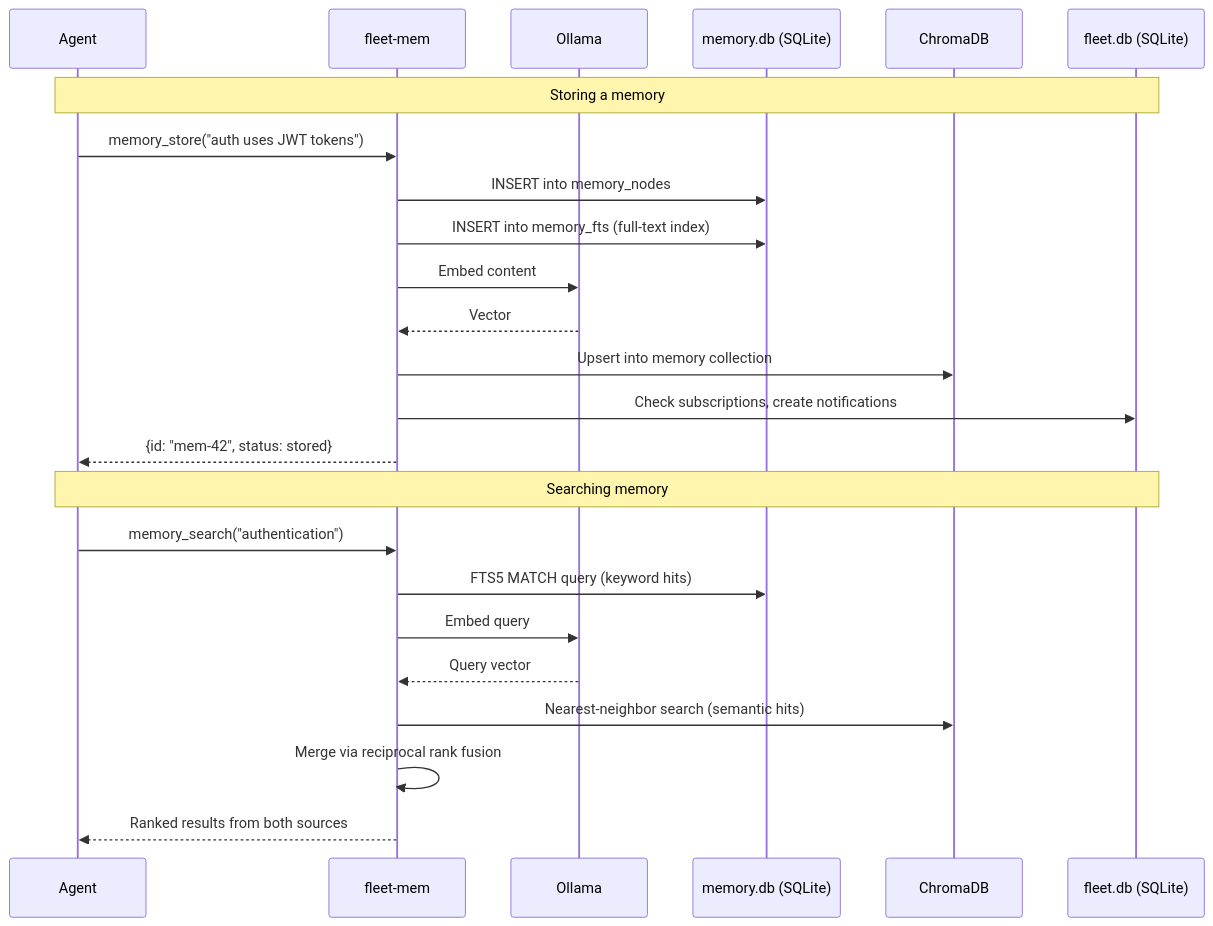
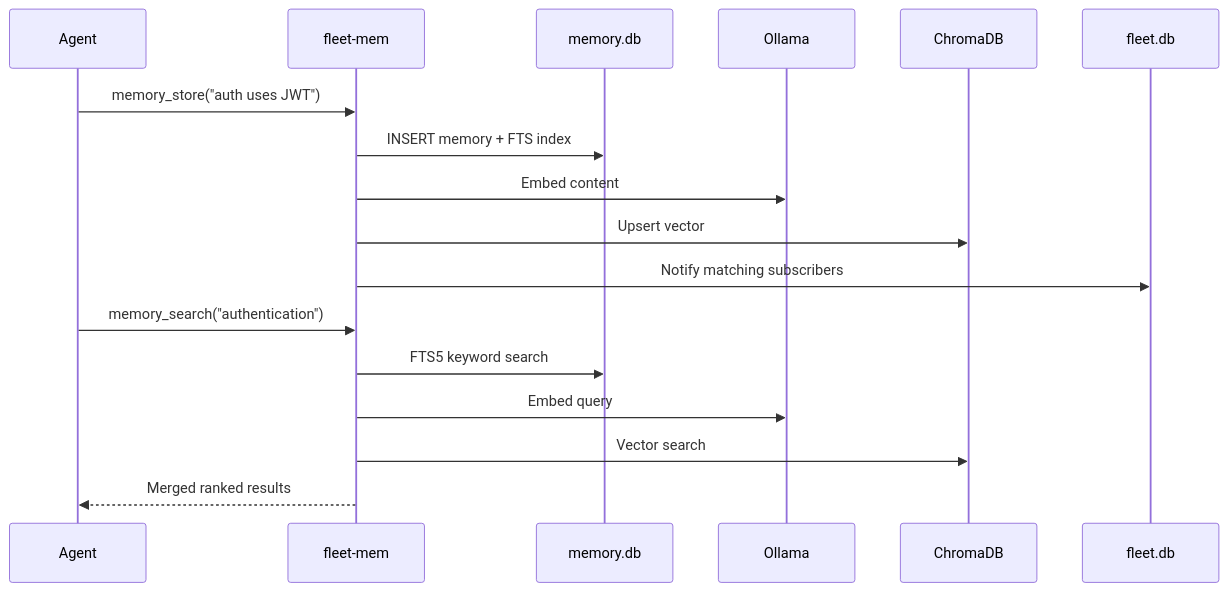
Before and after one commit to sam-ent/fleet-mem: the fourth of 6 diagrams in README.md, drawn with Mermaid. The commit also changed other lines of this file, not shown here.

Commit message:
docs: fix process flows - remove details blocks, promote to h2, simplify

````diff
--- a/README.md
+++ b/README.md
@@ -175,28 +160,21 @@
 ```mermaid
 sequenceDiagram
     participant A as Agent
     participant FM as fleet-mem
+    participant M as memory.db
     participant OL as Ollama
-    participant M as memory.db (SQLite)
     participant C as ChromaDB
-    participant F as fleet.db (SQLite)
+    participant F as fleet.db
 
-    Note over A,F: Storing a memory
-    A->>FM: memory_store("auth uses JWT tokens")
-    FM->>M: INSERT into memory_nodes
-    FM->>M: INSERT into memory_fts (full-text index)
+    A->>FM: memory_store("auth uses JWT")
+    FM->>M: INSERT memory + FTS index
     FM->>OL: Embed content
-    OL-->>FM: Vector
-    FM->>C: Upsert into memory collection
-    FM->>F: Check subscriptions, create notifications
-    FM-->>A: {id: "mem-42", status: stored}
+    FM->>C: Upsert vector
+    FM->>F: Notify matching subscribers
 
-    Note over A,F: Searching memory
     A->>FM: memory_search("authentication")
-    FM->>M: FTS5 MATCH query (keyword hits)
+    FM->>M: FTS5 keyword search
     FM->>OL: Embed query
-    OL-->>FM: Query vector
-    FM->>C: Nearest-neighbor search (semantic hits)
-    FM->>FM: Merge via reciprocal rank fusion
-    FM-->>A: Ranked results from both sources
+    FM->>C: Vector search
+    FM-->>A: Merged ranked results
 ```
````
